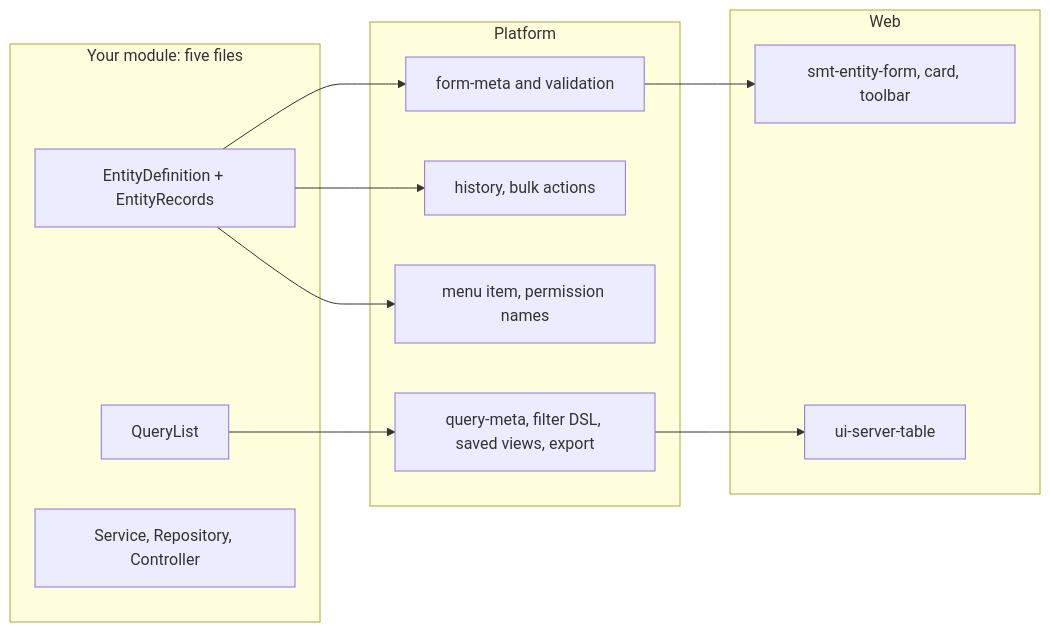
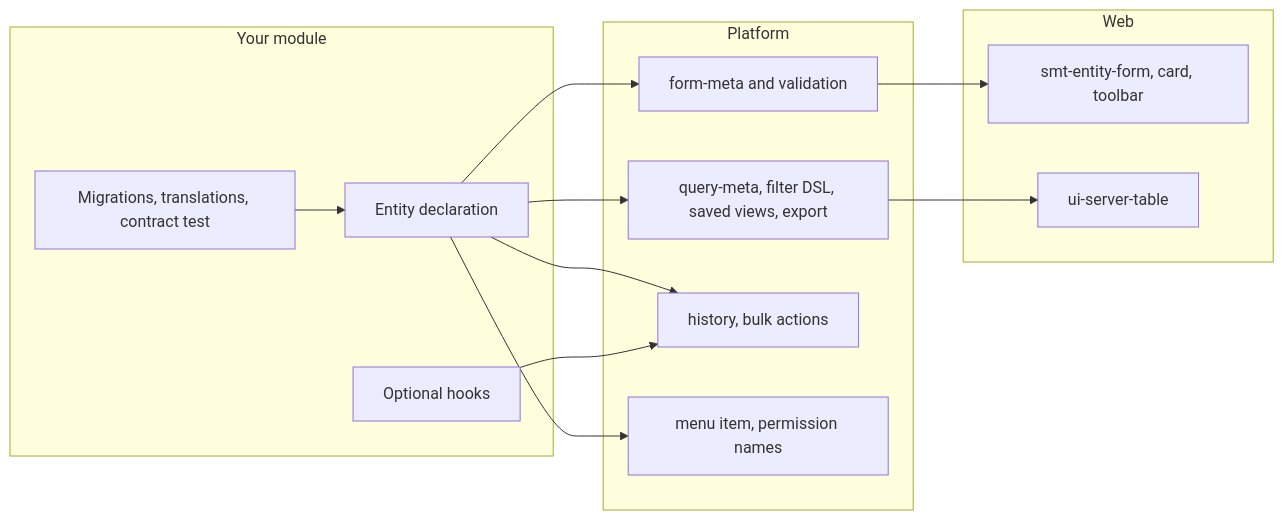
One commit to qahhor/dwh changed the diagram in README.md. Above: the diagram before and after it, drawn with Mermaid. The commit also changed other lines of this file and 426 other files, not shown here.

````diff
--- a/README.md
+++ b/README.md
@@ -79,24 +79,26 @@
 ```mermaid
 flowchart LR
-  subgraph Module["Your module: five files"]
-    D["EntityDefinition + EntityRecords"]
-    Q["QueryList"]
-    S["Service, Repository, Controller"]
+  subgraph Module["Your module"]
+    D["Entity declaration"]
+    H["Optional hooks"]
+    M["Migrations, translations, contract test"]
   end
   subgraph Platform["Platform"]
     FM["form-meta and validation"]
     QM["query-meta, filter DSL, saved views, export"]
     CAP["history, bulk actions"]
     NAV["menu item, permission names"]
   end
   subgraph Web["Web"]
     F["smt-entity-form, card, toolbar"]
     T["ui-server-table"]
   end
   D --> FM
   D --> CAP
   D --> NAV
-  Q --> QM
+  D --> QM
+  H --> CAP
+  M --> D
   FM --> F
   QM --> T
 ```
````
